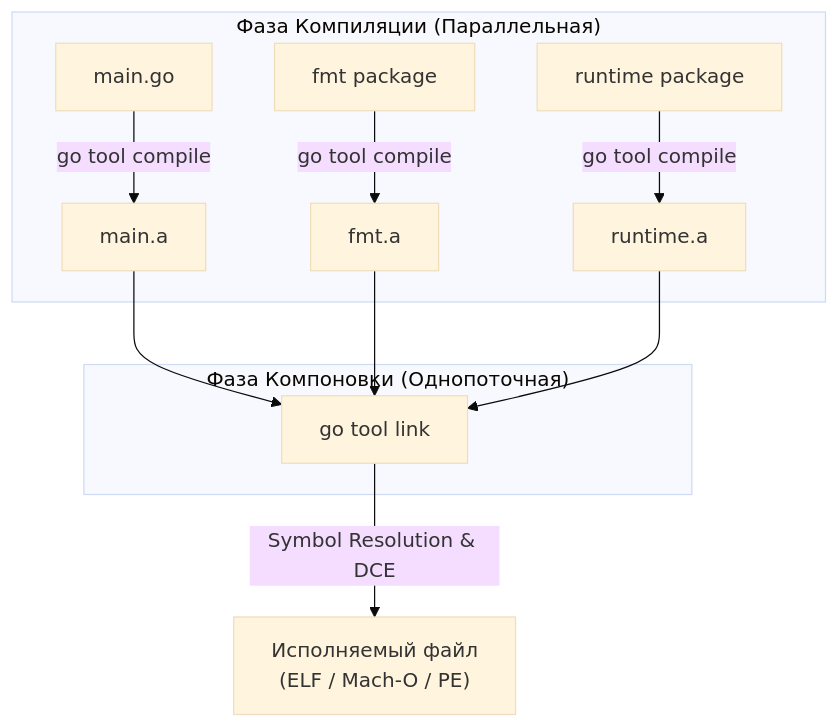
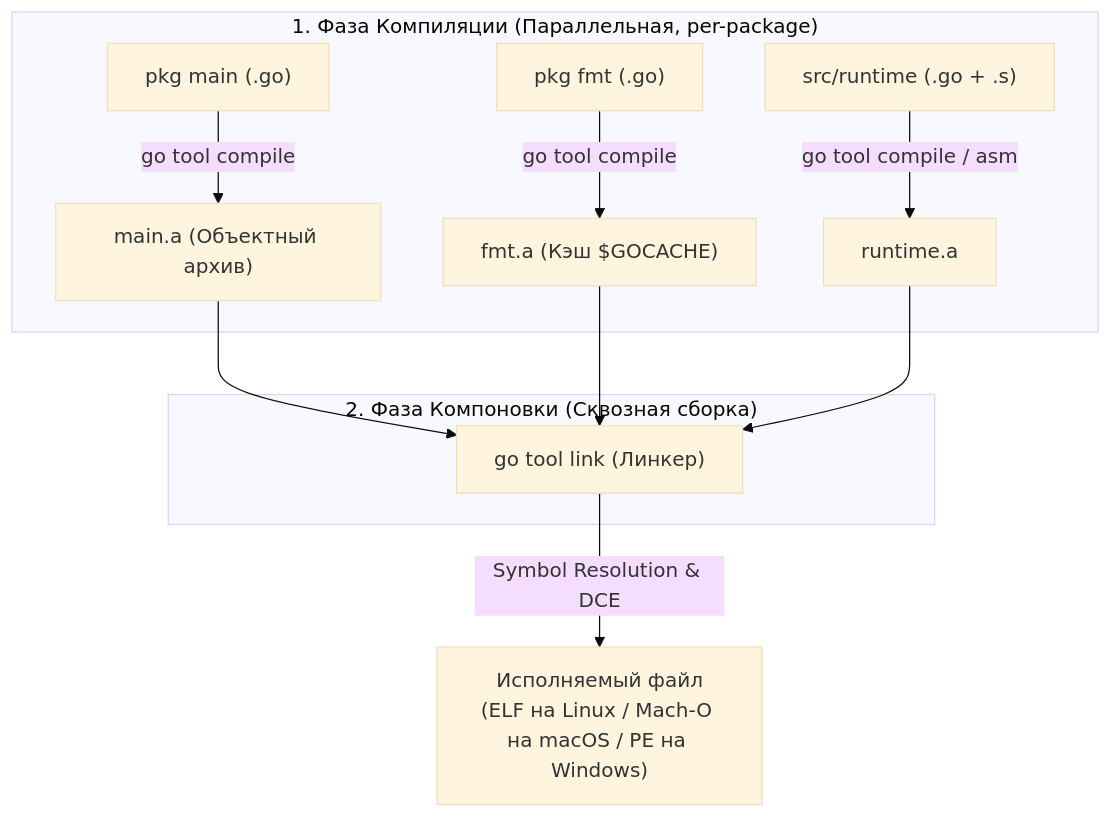
Before and after one commit to UnrealTemplier/go-textbook: the first of 2 diagrams in sources/7. Глубокий Go (Внутреннее устройство)/44. Linker и Build Modes.md, drawn with Mermaid (base theme). The commit also changed other lines of this file, not shown here.

````diff
--- a/sources/7. Глубокий Go (Внутреннее устройство)/44. Linker и Build Modes.md
+++ b/sources/7. Глубокий Go (Внутреннее устройство)/44. Linker и Build Modes.md
@@ -15,16 +18,16 @@
 ```mermaid
 flowchart TD
-    subgraph COMPILER ["Фаза Компиляции (Параллельная)"]
-        PKG_MAIN["main.go"] -->|go tool compile| OBJ_MAIN["main.a"]
-        PKG_FMT["fmt package"] -->|go tool compile| OBJ_FMT["fmt.a"]
-        PKG_RUNTIME["runtime package"] -->|go tool compile| OBJ_RUNTIME["runtime.a"]
+    subgraph COMPILER ["1. Фаза Компиляции (Параллельная, per-package)"]
+        PKG_MAIN["pkg main (.go)"] -->|go tool compile| OBJ_MAIN["main.a (Объектный архив)"]
+        PKG_FMT["pkg fmt (.go)"] -->|go tool compile| OBJ_FMT["fmt.a (Кэш $GOCACHE)"]
+        PKG_RUNTIME["src/runtime (.go + .s)"] -->|go tool compile / asm| OBJ_RUNTIME["runtime.a"]
     end
     
-    subgraph LINKER ["Фаза Компоновки (Однопоточная)"]
-        OBJ_MAIN --> LINK["go tool link"]
+    subgraph LINKER ["2. Фаза Компоновки (Сквозная сборка)"]
+        OBJ_MAIN --> LINK["go tool link (Линкер)"]
         OBJ_FMT --> LINK
         OBJ_RUNTIME --> LINK
     end
     
-    LINK -->|"Symbol Resolution & DCE"| BINARY["Исполняемый файл<br>(ELF / Mach-O / PE)"]
+    LINK -->|"Symbol Resolution & DCE"| BINARY["Исполняемый файл<br>(ELF на Linux / Mach-O на macOS / PE на Windows)"]
 ```
````
